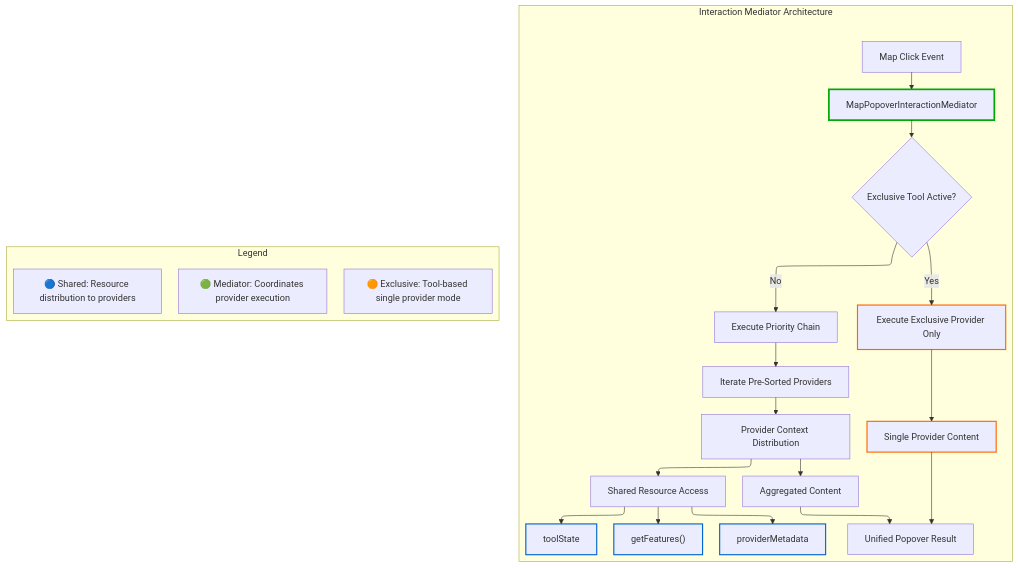
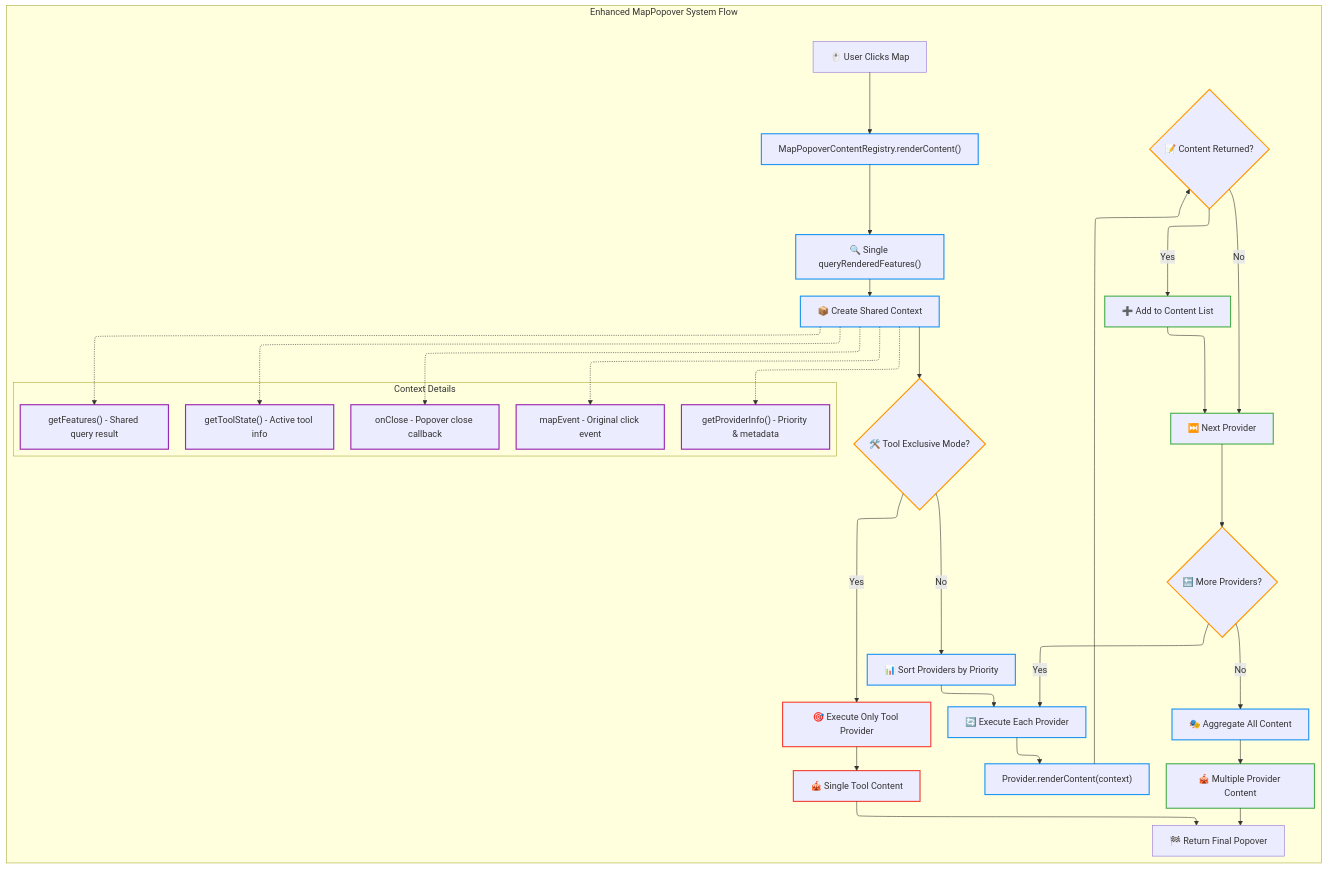
The second of 2 diagrams in docs/architecture/ADR-007-Enhanced-MapPopover-Content-Provider-Architecture.md (konturio/disaster-ninja-fe), drawn with Mermaid before and after one commit. The commit also changed other lines of this file and 5 other files, not shown here.

Commit message:
remove outdated ADR documents and refactor MapPopover architecture; implement mediator pattern for improved event handling and resource coordination

````diff
--- a/docs/architecture/ADR-007-Enhanced-MapPopover-Content-Provider-Architecture.md
+++ b/docs/architecture/ADR-007-Enhanced-MapPopover-Content-Provider-Architecture.md
@@ -27,42 +90,59 @@
 ```mermaid
 ---
 config:
   layout: elk
 ---
 graph TD
-    subgraph "Interaction Mediator Architecture"
-        A["Map Click Event"] --> B["MapPopoverInteractionMediator"]
+    subgraph "Enhanced MapPopover System Flow"
+        A["🖱️ User Clicks Map"] --> B["MapPopoverContentRegistry.renderContent()"]
 
-        B --> C{Exclusive Tool Active?}
-        C -->|Yes| D["Execute Exclusive Provider Only"]
-        C -->|No| E["Execute Priority Chain"]
+        B --> C["🔍 Single queryRenderedFeatures()"]
+        C --> D["📦 Create Shared Context"]
+        D --> E{🛠️ Tool Exclusive Mode?}
 
-        E --> F["Iterate Pre-Sorted Providers"]
-        F --> G["Provider Context Distribution"]
+        E -->|Yes| F["🎯 Execute Only Tool Provider"]
+        E -->|No| G["📊 Sort Providers by Priority"]
 
-        G --> H["Shared Resource Access"]
-        H --> I["getFeatures()"]
-        H --> J["toolState"]
-        H --> K["providerMetadata"]
+        G --> H["🔄 Execute Each Provider"]
+        H --> I["Provider.renderContent(context)"]
+        I --> J{📝 Content Returned?}
+        J -->|Yes| K["➕ Add to Content List"]
+        J -->|No| L["⏭️ Next Provider"]
+        K --> L
+        L --> M{🔚 More Providers?}
+        M -->|Yes| H
+        M -->|No| N["🎭 Aggregate All Content"]
 
-        D --> L["Single Provider Content"]
-        G --> M["Aggregated Content"]
+        F --> O["🎪 Single Tool Content"]
+        N --> P["🎪 Multiple Provider Content"]
 
-        L --> N["Unified Popover Result"]
-        M --> N
+        O --> Q["🏁 Return Final Popover"]
+        P --> Q
 
-        classDef mediator stroke:#00aa00,stroke-width:3px
-        classDef exclusive stroke:#ff6600,stroke-width:2px
-        classDef shared stroke:#0066cc,stroke-width:2px
+        subgraph "Context Details"
+            D1["getFeatures() - Shared query result"]
+            D2["getToolState() - Active tool info"]
+            D3["getProviderInfo() - Priority & metadata"]
+            D4["mapEvent - Original click event"]
+            D5["onClose - Popover close callback"]
+        end
 
-        class B mediator
-        class D,L exclusive
-        class I,J,K shared
-    end
+        D -.-> D1
+        D -.-> D2
+        D -.-> D3
+        D -.-> D4
+        D -.-> D5
 
-    subgraph "Legend"
-        P["🟢 Mediator: Coordinates provider execution"]
-        Q["🟠 Exclusive: Tool-based single provider mode"]
-        R["🔵 Shared: Resource distribution to providers"]
+        classDef process stroke:#2196f3,stroke-width:2px
+        classDef decision stroke:#ff9800,stroke-width:2px
+        classDef exclusive stroke:#f44336,stroke-width:2px
+        classDef shared stroke:#4caf50,stroke-width:2px
+        classDef context stroke:#9c27b0,stroke-width:2px
+
+        class B,C,D,G,H,I,N process
+        class E,J,M decision
+        class F,O exclusive
+        class K,L,P shared
+        class D1,D2,D3,D4,D5 context
     end
 ```
````
